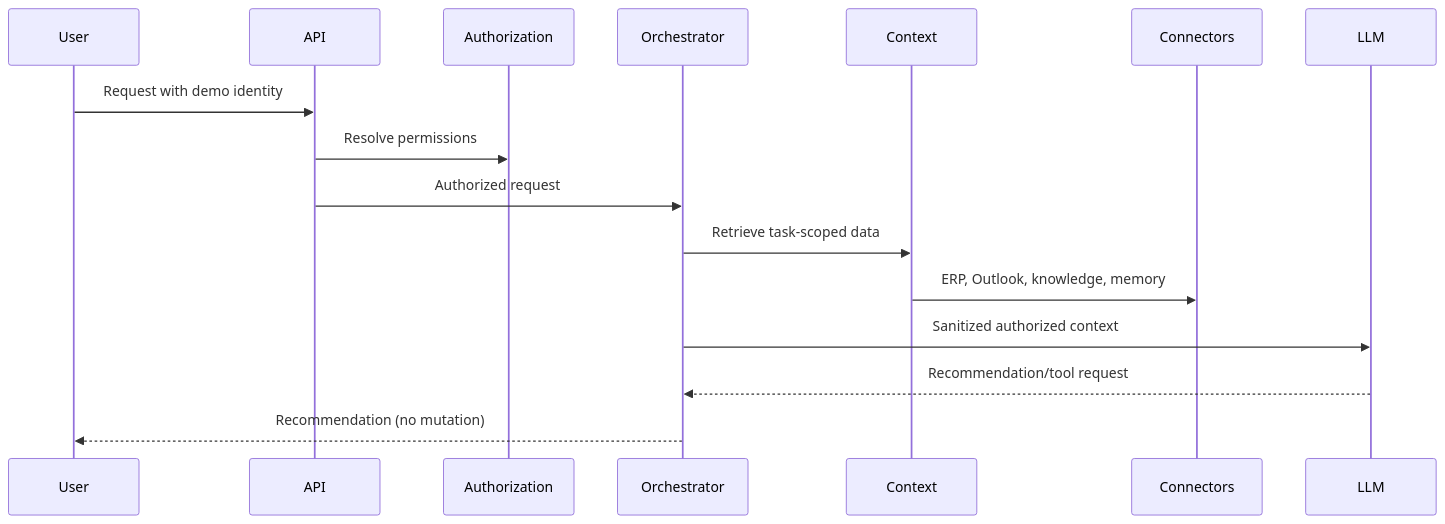
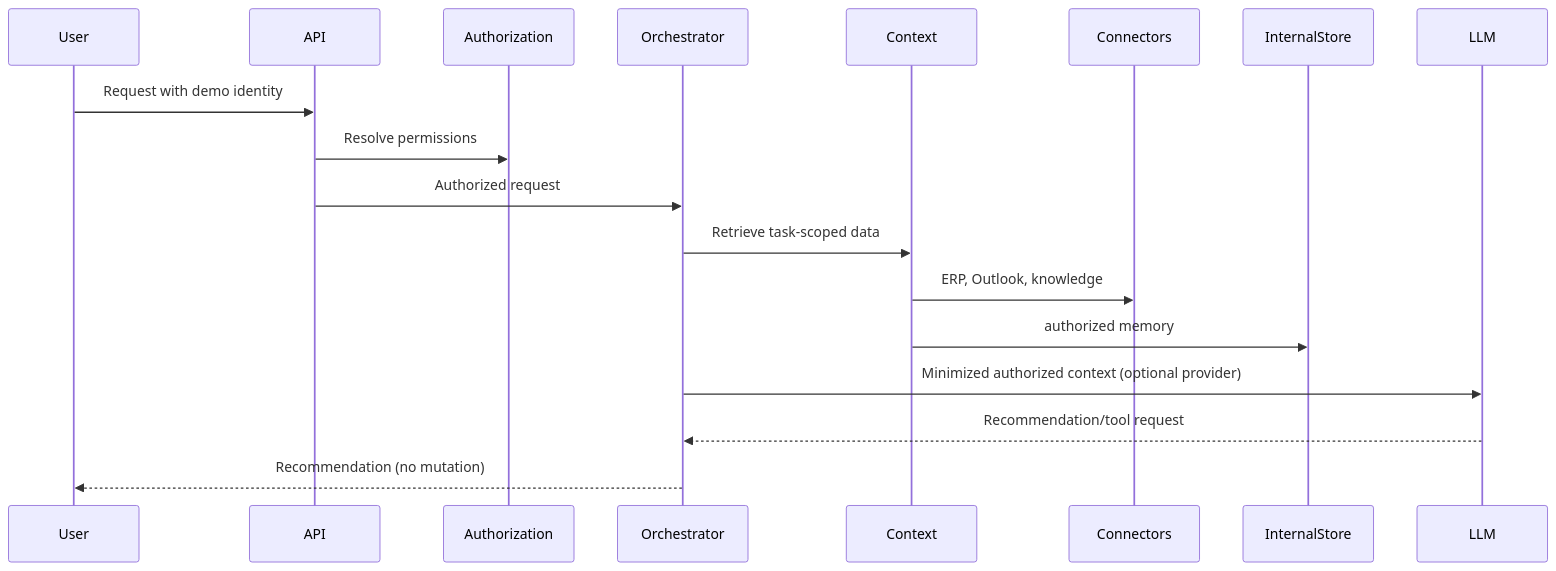
The second of 5 diagrams in docs/system-design.md (avvooturi/harmony-take-home), drawn with Mermaid before and after one commit. The commit also changed other lines of this file and 2 other files, not shown here.

````diff
--- a/docs/system-design.md
+++ b/docs/system-design.md
@@ -30,11 +60,12 @@
 ```mermaid
 sequenceDiagram
   User->>API: Request with demo identity
   API->>Authorization: Resolve permissions
   API->>Orchestrator: Authorized request
   Orchestrator->>Context: Retrieve task-scoped data
-  Context->>Connectors: ERP, Outlook, knowledge, memory
-  Orchestrator->>LLM: Sanitized authorized context
+  Context->>Connectors: ERP, Outlook, knowledge
+  Context->>InternalStore: authorized memory
+  Orchestrator->>LLM: Minimized authorized context (optional provider)
   LLM-->>Orchestrator: Recommendation/tool request
   Orchestrator-->>User: Recommendation (no mutation)
 ```
````
